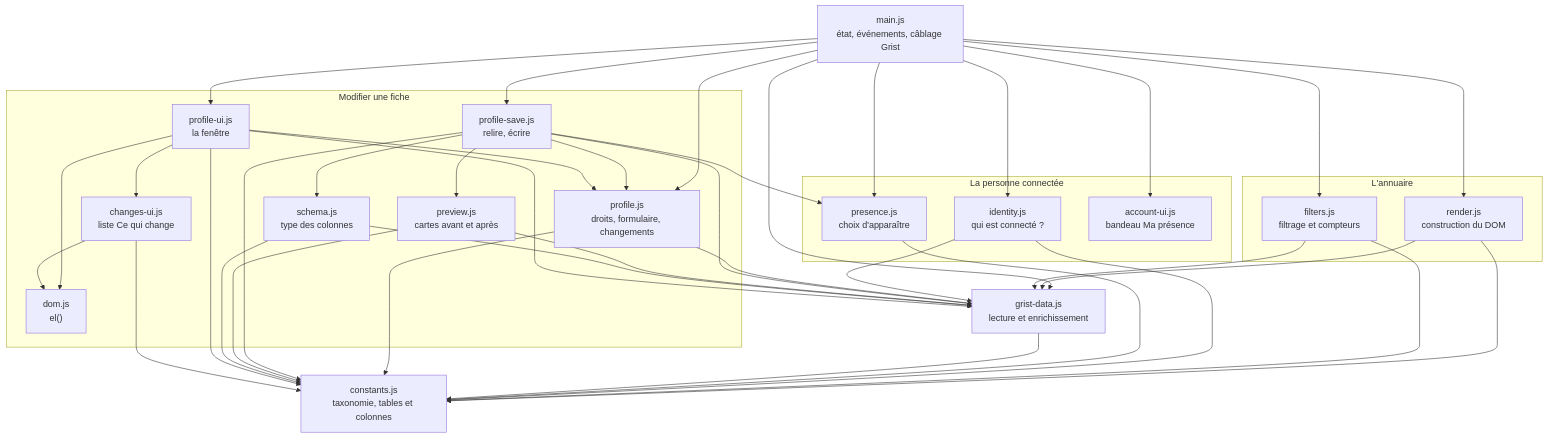
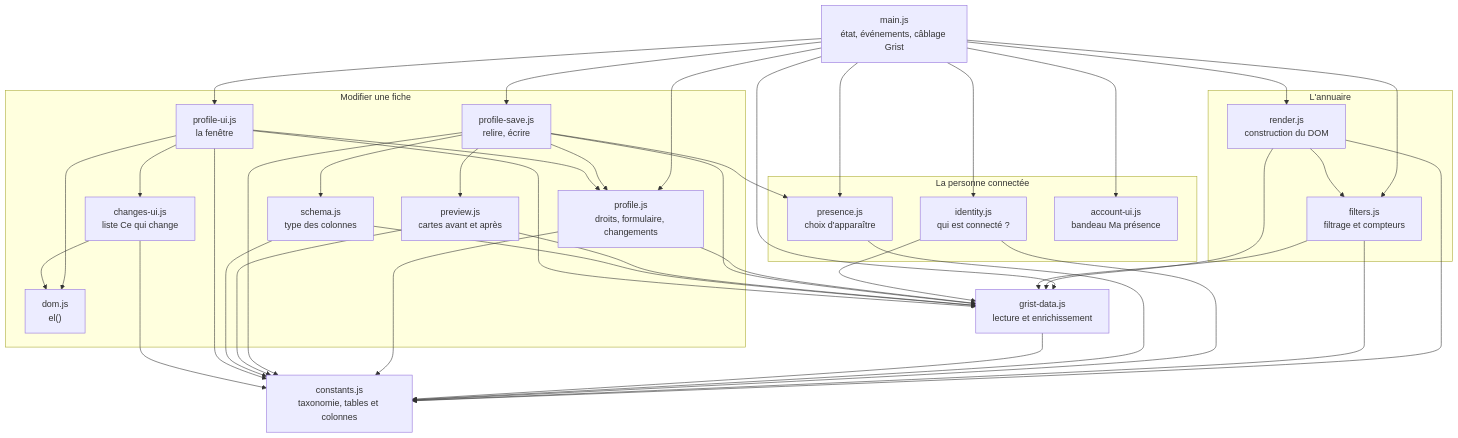
One commit to lombre33/Annuaire_PUI_Bordeaux changed the second of 6 diagrams in docs/developpeurs.md. Above: the diagram before and after it, drawn with Mermaid. The commit also changed other lines of this file, not shown here.

First line of the commit message:
Schéma des modules : render.js importe maintenant filters.js

````diff
--- a/docs/developpeurs.md
+++ b/docs/developpeurs.md
@@ -75,60 +75,61 @@
 ```mermaid
 flowchart TD
     main["main.js<br/>état, événements, câblage Grist"]
     subgraph annuaire["L'annuaire"]
         render["render.js<br/>construction du DOM"]
         filters["filters.js<br/>filtrage et compteurs"]
     end
     subgraph personne["La personne connectée"]
         identity["identity.js<br/>qui est connecté ?"]
         presence["presence.js<br/>choix d'apparaître"]
         account["account-ui.js<br/>bandeau Ma présence"]
     end
     subgraph fiche["Modifier une fiche"]
         profile["profile.js<br/>droits, formulaire, changements"]
         save["profile-save.js<br/>relire, écrire"]
         preview["preview.js<br/>cartes avant et après"]
         schema["schema.js<br/>type des colonnes"]
         profileui["profile-ui.js<br/>la fenêtre"]
         changes["changes-ui.js<br/>liste Ce qui change"]
         dom["dom.js<br/>el()"]
     end
     data["grist-data.js<br/>lecture et enrichissement"]
     constants["constants.js<br/>taxonomie, tables et colonnes"]
     main --> render
     main --> filters
     main --> data
     main --> identity
     main --> presence
     main --> account
     main --> profile
     main --> save
     main --> profileui
     render --> data
     render --> constants
+    render --> filters
     filters --> data
     filters --> constants
     identity --> data
     identity --> constants
     presence --> constants
     data --> constants
     profile --> data
     profile --> constants
     save --> data
     save --> constants
     save --> presence
     save --> profile
     save --> preview
     save --> schema
     preview --> data
     preview --> constants
     schema --> data
     schema --> constants
     profileui --> data
     profileui --> constants
     profileui --> dom
     profileui --> profile
     profileui --> changes
     changes --> constants
     changes --> dom
 ```
````
